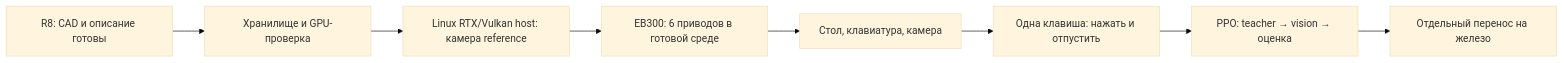
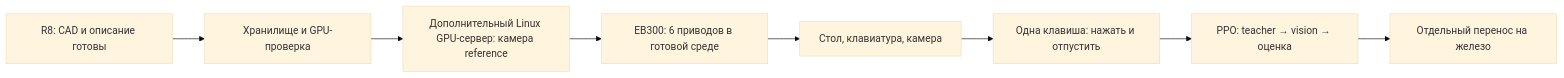
Before and after one commit to igorastashov/RoboHand.Simulator: the diagram in docs/start-here-r8.md, drawn with Mermaid (base theme). The commit also changed other lines of this file and 2 other files, not shown here.

Commit message:
Record optional remote RTX host and pending SSH access

````diff
--- a/docs/start-here-r8.md
+++ b/docs/start-here-r8.md
@@ -88,10 +88,10 @@
 ```mermaid
 flowchart LR
     A["R8: CAD и описание готовы"] --> B["Хранилище и GPU-проверка"]
-    B --> H["Linux RTX/Vulkan host: камера reference"]
+    B --> H["Дополнительный Linux GPU-сервер: камера reference"]
     H --> C["EB300: 6 приводов в готовой среде"]
     C --> D["Стол, клавиатура, камера"]
     D --> E["Одна клавиша: нажать и отпустить"]
     E --> F["PPO: teacher → vision → оценка"]
     F --> G["Отдельный перенос на железо"]
 ```
````
